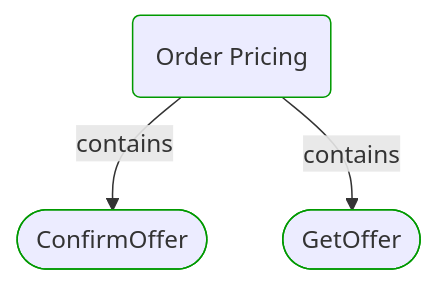
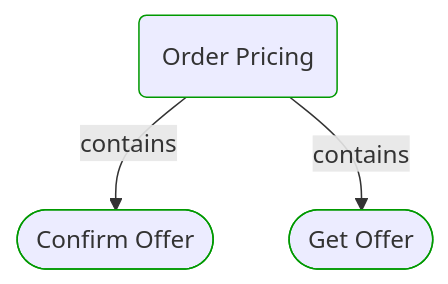
One commit to itlibrium/DDD-starter-dotnet changed the third of 5 diagrams in Docs/P3/MermaidOutput/Domain/Concepts/Sales/WholesaleOrdering/OrderPricing/OrderPricing.md. Above: the diagram before and after it, drawn with Mermaid. The commit also changed other lines of this file and 51 other files, not shown here.

````diff
--- a/Docs/P3/MermaidOutput/Domain/Concepts/Sales/WholesaleOrdering/OrderPricing/OrderPricing.md
+++ b/Docs/P3/MermaidOutput/Domain/Concepts/Sales/WholesaleOrdering/OrderPricing/OrderPricing.md
@@ -53,14 +53,14 @@
 ```mermaid
   flowchart TB
     0(Order Pricing)
     class 0 DomainPerspective
-    1([ConfirmOffer])
+    1([Confirm Offer])
     class 1 DomainPerspective
     0-->|contains|1
-    2([GetOffer])
+    2([Get Offer])
     class 2 DomainPerspective
     0-->|contains|2
     classDef DomainPerspective stroke:#009900
     classDef TechnologyPerspective stroke:#1F41EB
     classDef PeoplePerspective stroke:#FFF014
 ```
````
